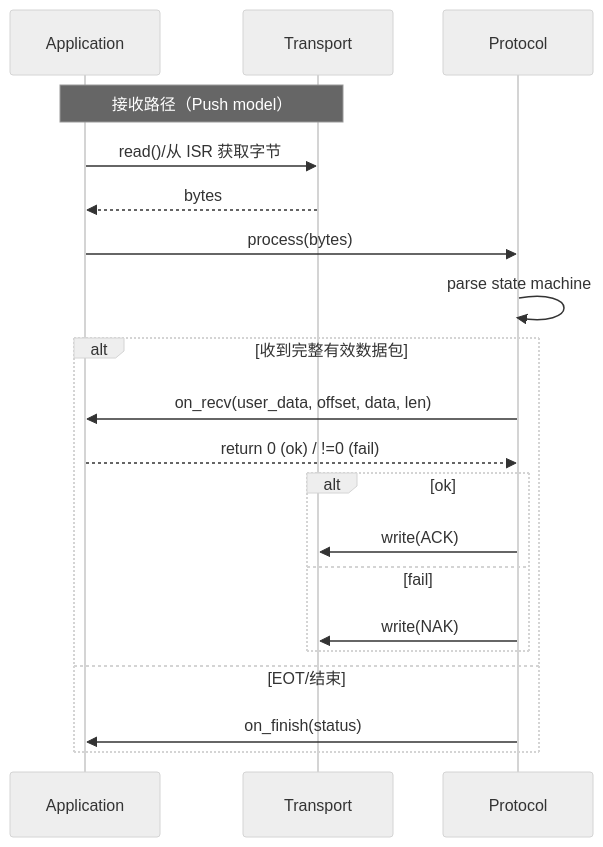
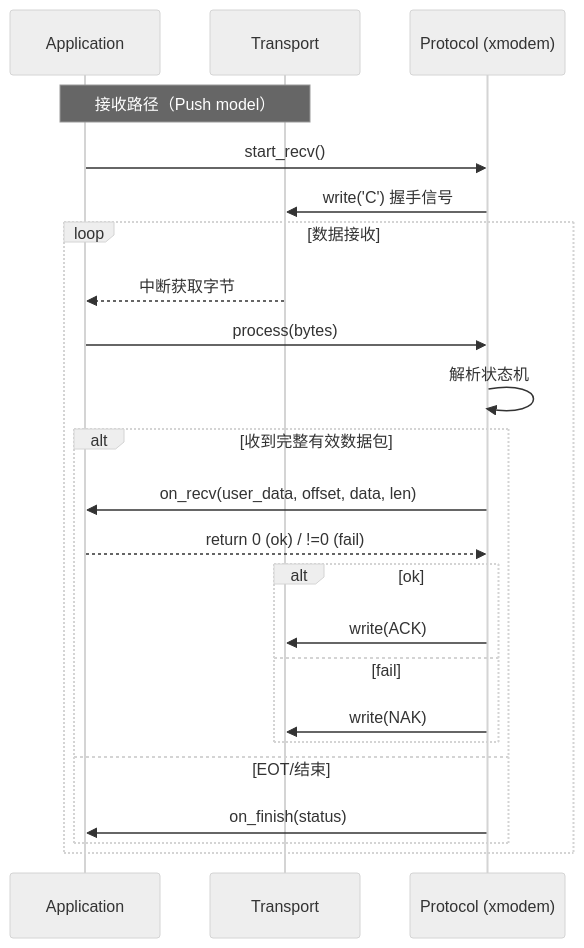
Before and after one commit to luiox/libca: the second of 3 diagrams in src/em_protocol/em_protocol设计文档.md, drawn with Mermaid (neutral theme). The commit also changed other lines of this file, not shown here.

First line of the commit message:
fix: 更新 em_protocol 设计文档代码示例以匹配当前 API

````diff
--- a/src/em_protocol/em_protocol设计文档.md
+++ b/src/em_protocol/em_protocol设计文档.md
@@ -103,24 +109,27 @@
 ```mermaid
-%% Sequence Diagram: 接收与发送 （Push model）
 sequenceDiagram
     participant App as Application
     participant Tr as Transport
-    participant P as Protocol
+    participant P as Protocol (xmodem)
 
     Note over App,Tr: 接收路径（Push model）
-    App->>Tr: read()/从 ISR 获取字节
-    Tr-->>App: bytes
-    App->>P: process(bytes)
-    P->>P: parse state machine
-    alt 收到完整有效数据包
-        P->>App: on_recv(user_data, offset, data, len)
-        App-->>P: return 0 (ok) / !=0 (fail)
-        alt ok
-            P->>Tr: write(ACK)
-        else fail
-            P->>Tr: write(NAK)
+    App->>P: start_recv()
+    P->>Tr: write('C') 握手信号
+    
+    loop 数据接收
+        Tr-->>App: 中断获取字节
+        App->>P: process(bytes)
+        P->>P: 解析状态机
+        alt 收到完整有效数据包
+            P->>App: on_recv(user_data, offset, data, len)
+            App-->>P: return 0 (ok) / !=0 (fail)
+            alt ok
+                P->>Tr: write(ACK)
+            else fail
+                P->>Tr: write(NAK)
+            end
+        else EOT/结束
+            P->>App: on_finish(status)
         end
-    else EOT/结束
-        P->>App: on_finish(status)
     end
 ```
````
